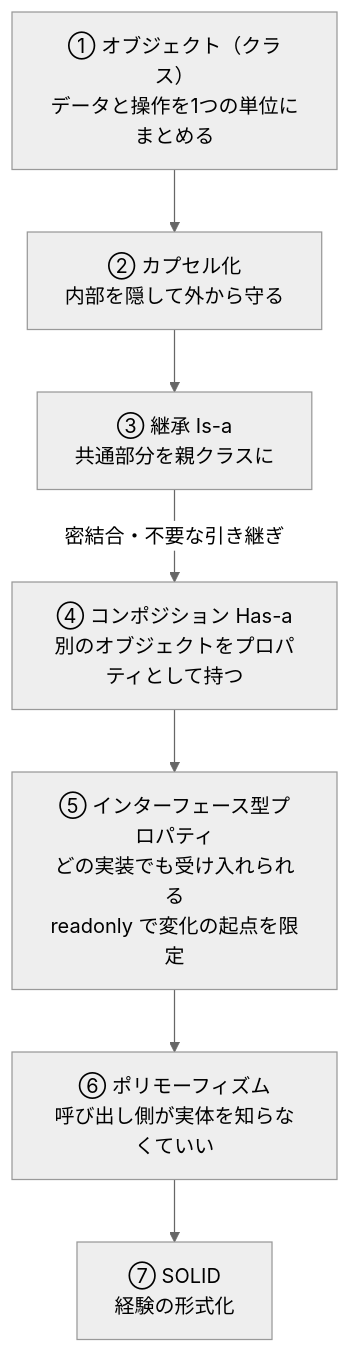
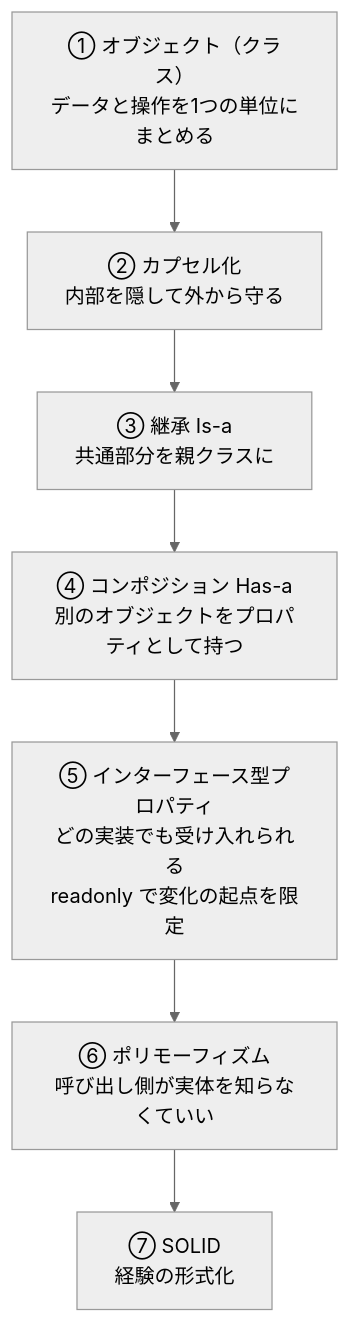
Before and after one commit to Bassiy/share_knowledge: the diagram in map/oop-evolutionary-lineage.md, drawn with Mermaid (neutral theme).

Commit message:
sync: update from info repo

````diff
--- a/map/oop-evolutionary-lineage.md
+++ b/map/oop-evolutionary-lineage.md
@@ -8,11 +8,11 @@
 ```mermaid
 flowchart TD
     A["① オブジェクト（クラス）\nデータと操作を1つの単位にまとめる"]
     --> B["② カプセル化\n内部を隠して外から守る"]
     --> C["③ 継承 Is-a\n共通部分を親クラスに"]
-    C -->|"密結合・不要な引き継ぎ"| D
+    C --> D
     D["④ コンポジション Has-a\n別のオブジェクトをプロパティとして持つ"]
     --> E["⑤ インターフェース型プロパティ\nどの実装でも受け入れられる\nreadonly で変化の起点を限定"]
     --> F["⑥ ポリモーフィズム\n呼び出し側が実体を知らなくていい"]
     --> G["⑦ SOLID\n経験の形式化"]
 ```
````
